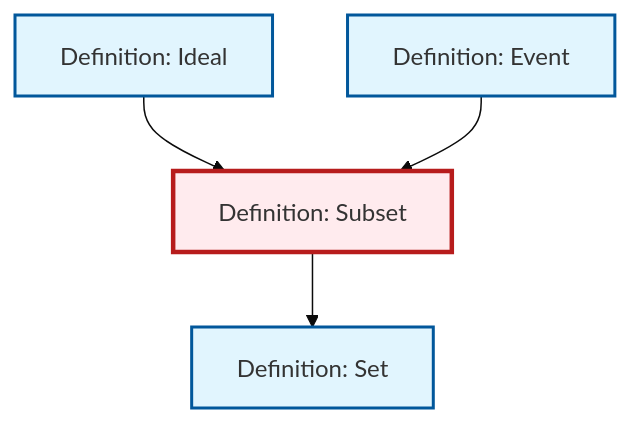
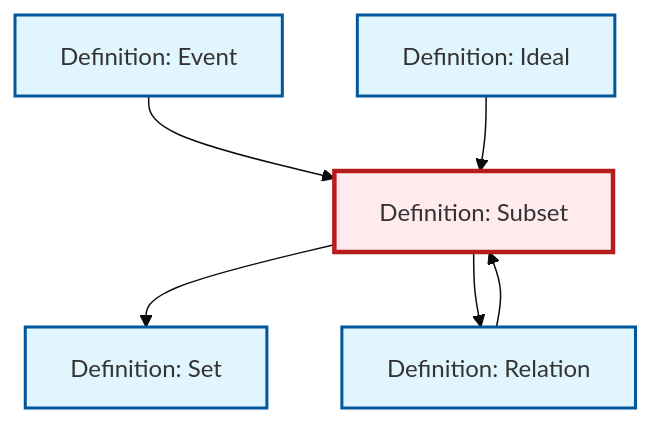
One commit to RK0429/ModernMath changed the diagram in content/ja/logic-set-theory/def-subset.qmd. Above: the diagram before and after it, drawn with Mermaid (base theme). The commit also changed other lines of this file and 554 other files, not shown here.

````diff
--- a/content/ja/logic-set-theory/def-subset.qmd
+++ b/content/ja/logic-set-theory/def-subset.qmd
@@ -50,20 +51,24 @@
 ```{mermaid}
 %%| fig-cap: "Local dependency graph"
 graph TD
     classDef definition fill:#e1f5fe,stroke:#01579b,stroke-width:2px
     classDef theorem fill:#f3e5f5,stroke:#4a148c,stroke-width:2px
     classDef axiom fill:#fff3e0,stroke:#e65100,stroke-width:2px
     classDef example fill:#e8f5e9,stroke:#1b5e20,stroke-width:2px
     classDef current fill:#ffebee,stroke:#b71c1c,stroke-width:3px
+    def-event["Definition: Event"]:::definition
     def-ideal["Definition: Ideal"]:::definition
     def-set["Definition: Set"]:::definition
-    def-event["Definition: Event"]:::definition
+    def-relation["Definition: Relation"]:::definition
     def-subset["Definition: Subset"]:::definition
+    def-event --> def-subset
     def-subset --> def-set
+    def-subset --> def-relation
     def-ideal --> def-subset
-    def-event --> def-subset
+    def-relation --> def-subset
     class def-subset current
+    click def-event "def-event.html" "Definition: Eventへ"
     click def-ideal "def-ideal.html" "Definition: Idealへ"
     click def-set "def-set.html" "Definition: Setへ"
-    click def-event "def-event.html" "Definition: Eventへ"
+    click def-relation "def-relation.html" "Definition: Relationへ"
 ```
````
